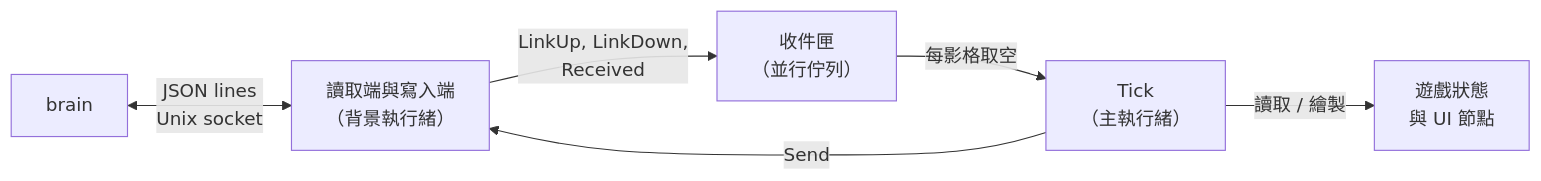
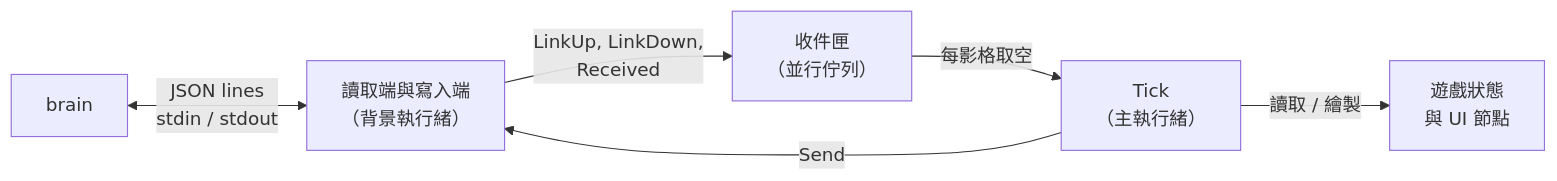
One commit to shinnku-nikaidou/spire-zero changed the diagram in docs/src/content/docs/zh-tw/arch/mod/loop.mdx. Above: the diagram before and after it, drawn with Mermaid. The commit also changed other lines of this file and 164 other files, not shown here.

````diff
--- a/docs/src/content/docs/zh-tw/arch/mod/loop.mdx
+++ b/docs/src/content/docs/zh-tw/arch/mod/loop.mdx
@@ -19,8 +19,8 @@
 ```mermaid
 flowchart LR
-  H["brain"] <-->|"JSON lines<br/>Unix socket"| S["讀取端與寫入端<br/>（背景執行緒）"]
+  H["brain"] <-->|"JSON lines<br/>stdin / stdout"| S["讀取端與寫入端<br/>（背景執行緒）"]
   S -->|"LinkUp, LinkDown,<br/>Received"| Q["收件匣<br/>（並行佇列）"]
   Q -->|"每影格取空"| T["Tick<br/>（主執行緒）"]
   T -->|"讀取 / 繪製"| G["遊戲狀態<br/>與 UI 節點"]
   T -->|"Send"| S
 ```
````
